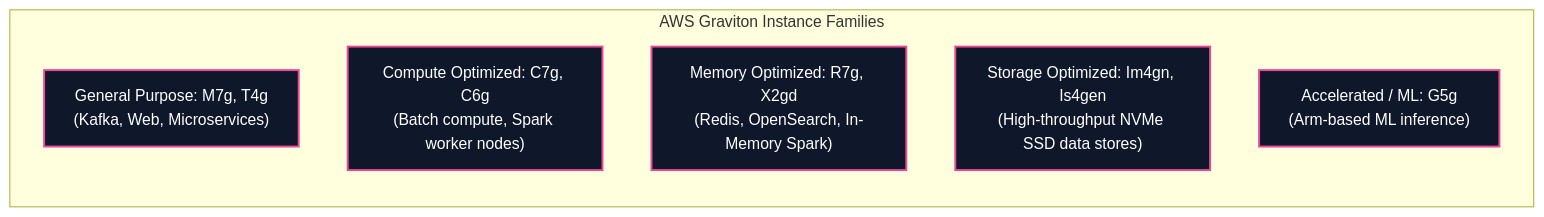
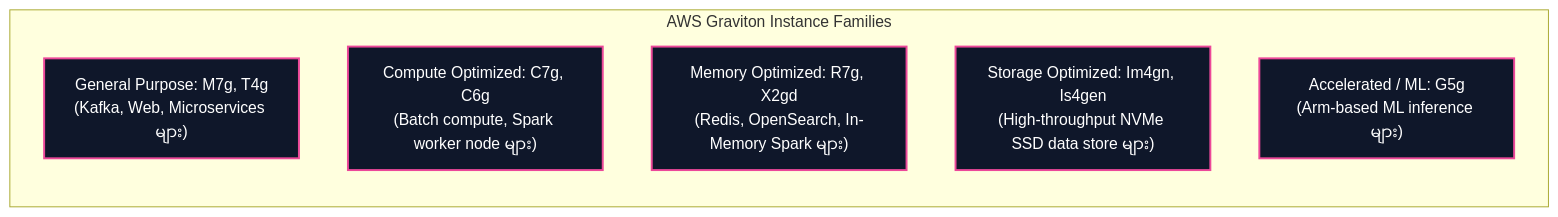
The fourth of 4 diagrams in content/mm/02-services/compute-containers/ec2-and-graviton.md (Wathon/aws-dea-c01-note), drawn with Mermaid before and after one commit. The commit also changed other lines of this file and 41 other files, not shown here.

````diff
--- a/content/mm/02-services/compute-containers/ec2-and-graviton.md
+++ b/content/mm/02-services/compute-containers/ec2-and-graviton.md
@@ -141,13 +151,13 @@
 ```mermaid
 graph LR
     subgraph GravitonFamilies["AWS Graviton Instance Families"]
-        GenPurpose["General Purpose: M7g, T4g<br/>(Kafka, Web, Microservices)"]
-        ComputeOpt["Compute Optimized: C7g, C6g<br/>(Batch compute, Spark worker nodes)"]
-        MemOpt["Memory Optimized: R7g, X2gd<br/>(Redis, OpenSearch, In-Memory Spark)"]
-        StorageOpt["Storage Optimized: Im4gn, Is4gen<br/>(High-throughput NVMe SSD data stores)"]
-        AccelOpt["Accelerated / ML: G5g<br/>(Arm-based ML inference)"]
+        GenPurpose["General Purpose: M7g, T4g<br/>(Kafka, Web, Microservices များ)"]
+        ComputeOpt["Compute Optimized: C7g, C6g<br/>(Batch compute, Spark worker node များ)"]
+        MemOpt["Memory Optimized: R7g, X2gd<br/>(Redis, OpenSearch, In-Memory Spark များ)"]
+        StorageOpt["Storage Optimized: Im4gn, Is4gen<br/>(High-throughput NVMe SSD data store များ)"]
+        AccelOpt["Accelerated / ML: G5g<br/>(Arm-based ML inference များ)"]
     end
 
     classDef grav fill:#0f172a,stroke:#ec4899,stroke-width:2px,color:#fff;
     class GenPurpose,ComputeOpt,MemOpt,StorageOpt,AccelOpt grav;
 ```
````
